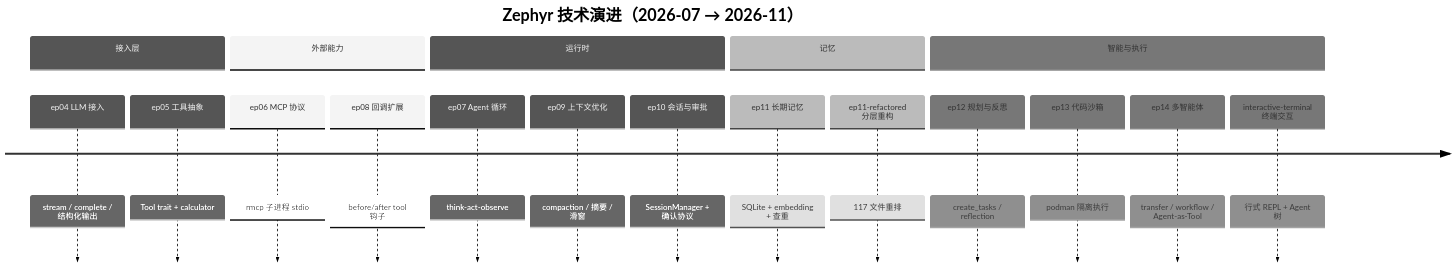
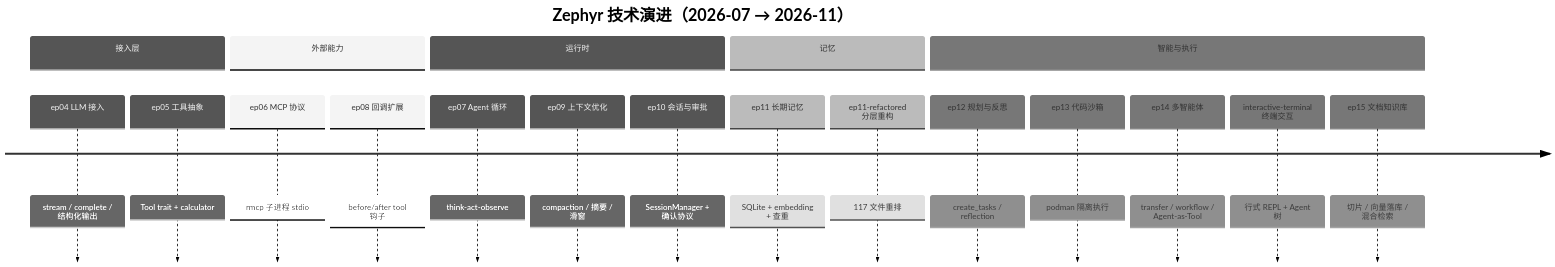
Before and after one commit to heheshang/zephyr: the first of 54 diagrams in README.md, drawn with Mermaid (neutral theme). The commit also changed other lines of this file, not shown here.

````diff
--- a/README.md
+++ b/README.md
@@ -168,22 +167,23 @@
 ```mermaid
 timeline
     title Zephyr 技术演进（2026-07 → 2026-11）
     section 接入层
         ep04 LLM 接入 : stream / complete / 结构化输出
         ep05 工具抽象 : Tool trait + calculator
     section 外部能力
         ep06 MCP 协议 : rmcp 子进程 stdio
         ep08 回调扩展 : before/after tool 钩子
     section 运行时
         ep07 Agent 循环 : think-act-observe
         ep09 上下文优化 : compaction / 摘要 / 滑窗
         ep10 会话与审批 : SessionManager + 确认协议
     section 记忆
         ep11 长期记忆 : SQLite + embedding + 查重
         ep11-refactored 分层重构 : 117 文件重排
     section 智能与执行
         ep12 规划与反思 : create_tasks / reflection
         ep13 代码沙箱 : podman 隔离执行
         ep14 多智能体 : transfer / workflow / Agent-as-Tool
         interactive-terminal 终端交互 : 行式 REPL + Agent 树
+        ep15 文档知识库 : 切片 / 向量落库 / 混合检索
 ```
````
